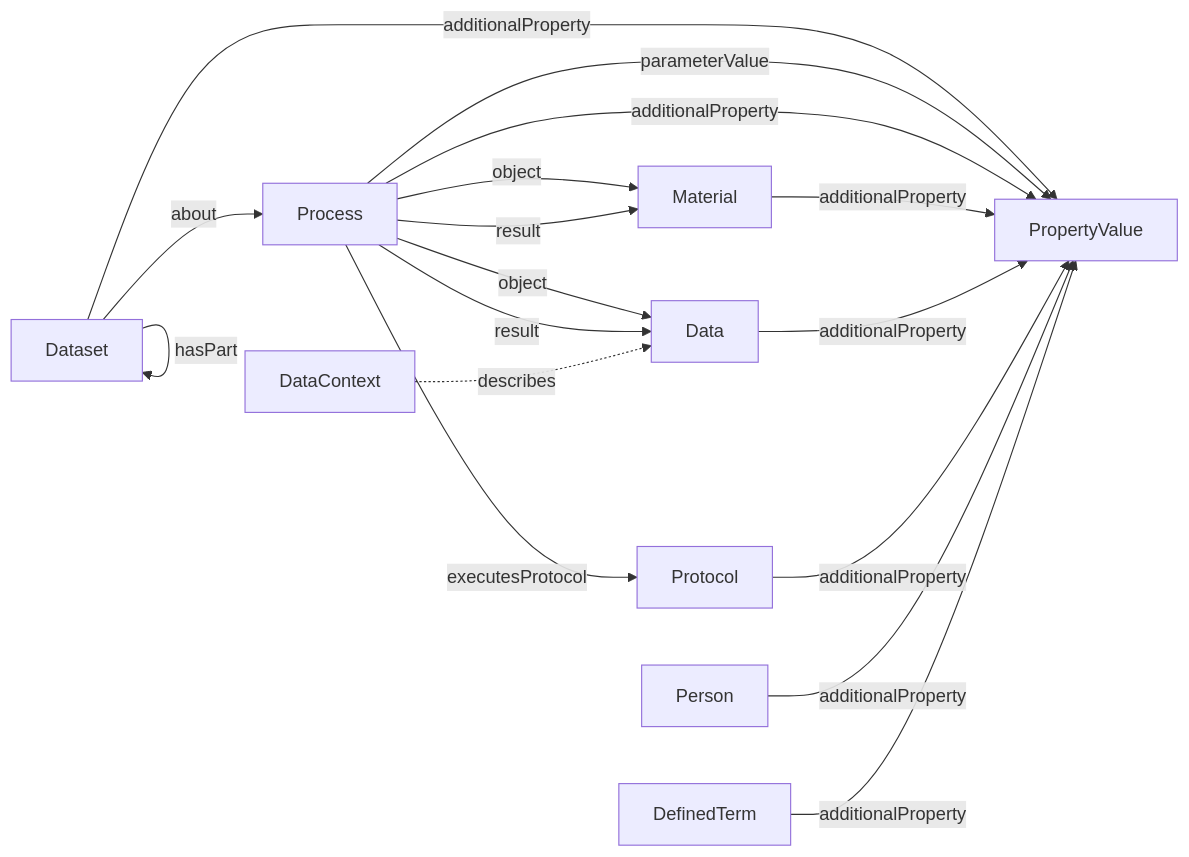
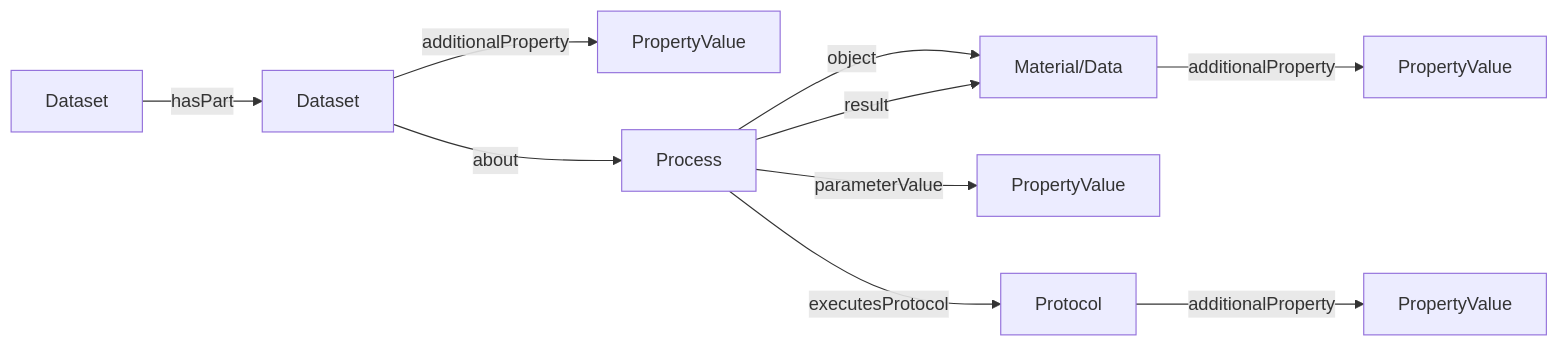
The diagram in spec/core/README.md (HLWeil/ProcessCore), drawn with Mermaid before and after one commit. The commit also changed other lines of this file and 8 other files, not shown here.

````diff
--- a/spec/core/README.md
+++ b/spec/core/README.md
@@ -13,19 +13,19 @@
 ```mermaid
 flowchart LR
-    Dataset --hasPart--> Dataset
+
+    md[Material/Data]
+    d[Dataset]
+    dp[PropertyValue]
+    pp[PropertyValue]
+    mdp[PropertyValue]
+
+    d --hasPart--> Dataset
     Dataset --about--> Process
-    Dataset --additionalProperty--> PropertyValue
-    Process --"object"--> Material
-    Process --"object"--> Data
-    Process --result--> Material
-    Process --result--> Data
-    Process --parameterValue--> PropertyValue
-    Process --additionalProperty--> PropertyValue
+    Dataset --additionalProperty--> dp
+    Process --"object"--> md
+    Process --parameterValue--> pp
+    Process --result--> md
     Process --executesProtocol--> Protocol
-    Material --additionalProperty--> PropertyValue
-    Data --additionalProperty--> PropertyValue
+    md --additionalProperty--> mdp
     Protocol --additionalProperty--> PropertyValue
-    Person --additionalProperty--> PropertyValue
-    DefinedTerm --additionalProperty--> PropertyValue
-    DataContext -.describes.-> Data
 ```
````
